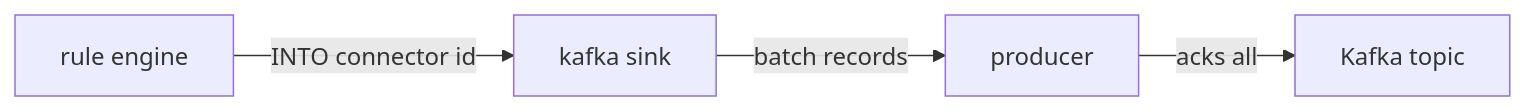
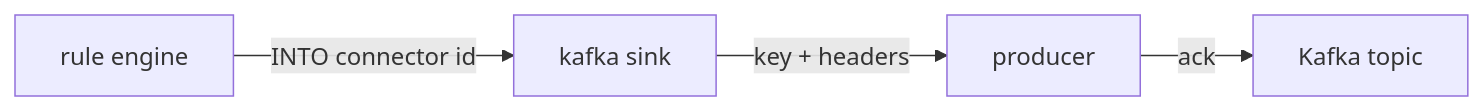
The diagram in docs/connectors/kafka.md (Indus-Stack/indramqtt), drawn with Mermaid before and after one commit. The commit also changed other lines of this file and 34 other files, not shown here.

````diff
--- a/docs/connectors/kafka.md
+++ b/docs/connectors/kafka.md
@@ -14,6 +14,6 @@
 ```mermaid
 flowchart LR
     Rule["rule engine"] -- "INTO connector id" --> Sink["kafka sink"]
-    Sink -- "batch records" --> Prod["producer"]
-    Prod -- "acks all" --> Topic["Kafka topic"]
+    Sink -- "key + headers" --> Prod["producer"]
+    Prod -- "ack" --> Topic["Kafka topic"]
 ```
````
